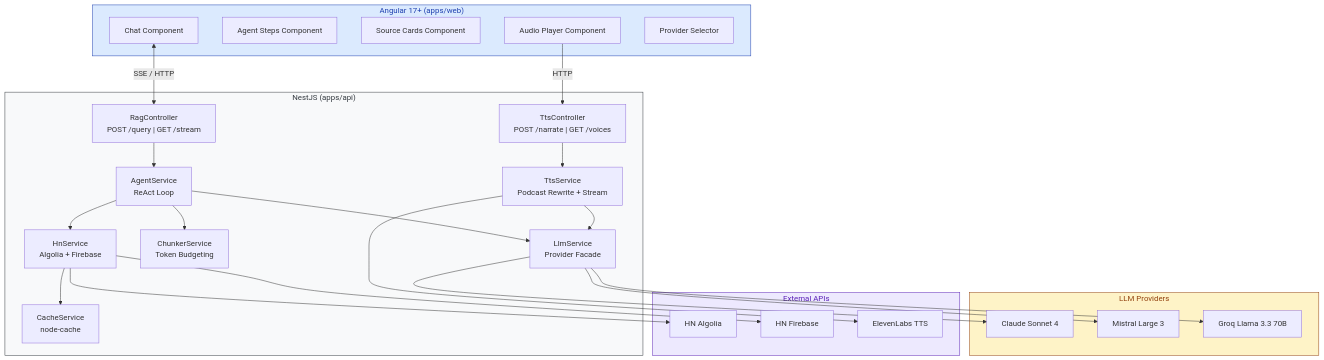
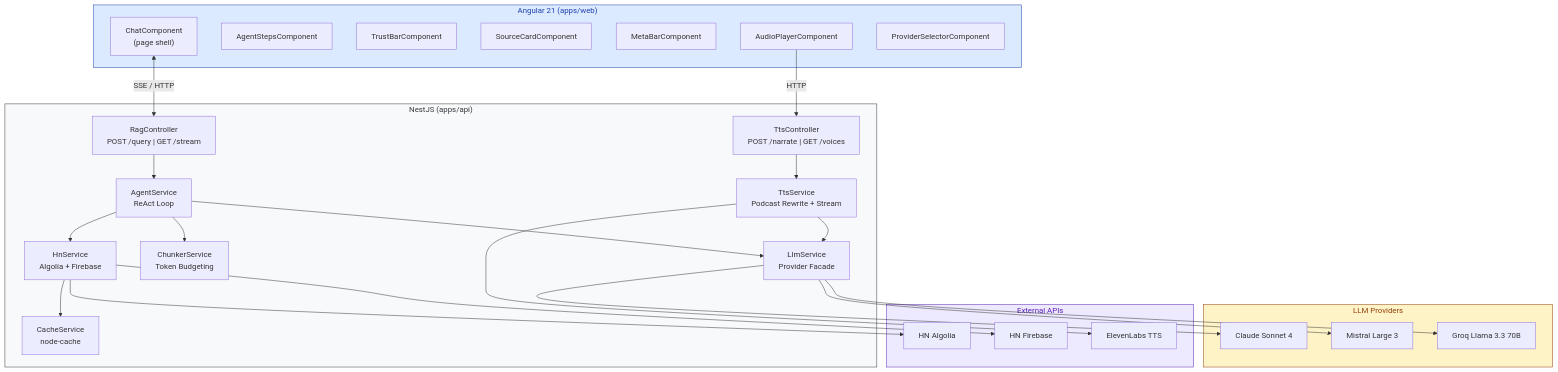
Before and after one commit to darth-dodo/voxpopuli: the first of 3 diagrams in architecture.md, drawn with Mermaid. The commit also changed other lines of this file and 48 other files, not shown here.

````diff
--- a/architecture.md
+++ b/architecture.md
@@ -22,54 +22,56 @@
 ```mermaid
 graph TB
-    subgraph Frontend ["Angular 17+ (apps/web)"]
-        CHAT["Chat Component"]
-        STEPS["Agent Steps Component"]
-        SOURCES["Source Cards Component"]
-        AUDIO["Audio Player Component"]
-        PROVIDER["Provider Selector"]
+    subgraph Frontend ["Angular 21 (apps/web)"]
+        CHAT["ChatComponent<br/>(page shell)"]
+        STEPS["AgentStepsComponent"]
+        TRUST["TrustBarComponent"]
+        SOURCES["SourceCardComponent"]
+        META["MetaBarComponent"]
+        AUDIO["AudioPlayerComponent"]
+        PROVIDER["ProviderSelectorComponent"]
     end
 
     subgraph Backend ["NestJS (apps/api)"]
         RAG["RagController<br/>POST /query | GET /stream"]
         TTS_C["TtsController<br/>POST /narrate | GET /voices"]
         AGENT["AgentService<br/>ReAct Loop"]
         HN["HnService<br/>Algolia + Firebase"]
         CHUNKER["ChunkerService<br/>Token Budgeting"]
         LLM["LlmService<br/>Provider Facade"]
         TTS_S["TtsService<br/>Podcast Rewrite + Stream"]
         CACHE["CacheService<br/>node-cache"]
     end
 
     subgraph Providers ["LLM Providers"]
         CLAUDE["Claude Sonnet 4"]
         MISTRAL["Mistral Large 3"]
         GROQ["Groq Llama 3.3 70B"]
     end
 
     subgraph External ["External APIs"]
         ALGOLIA["HN Algolia"]
         FIREBASE["HN Firebase"]
         ELEVEN["ElevenLabs TTS"]
     end
 
     CHAT <-->|SSE / HTTP| RAG
     AUDIO -->|HTTP| TTS_C
     RAG --> AGENT
     TTS_C --> TTS_S
     AGENT --> HN
     AGENT --> CHUNKER
     AGENT --> LLM
     TTS_S --> LLM
     TTS_S --> ELEVEN
     HN --> CACHE
     HN --> ALGOLIA
     HN --> FIREBASE
     LLM --> CLAUDE
     LLM --> MISTRAL
     LLM --> GROQ
 
     style Frontend fill:#dbeafe,stroke:#1e40af,color:#1e40af
     style Backend fill:#f8f9fa,stroke:#343a40,color:#343a40
     style Providers fill:#fef3c7,stroke:#92400e,color:#92400e
     style External fill:#ede9fe,stroke:#5b21b6,color:#5b21b6
 ```
````
